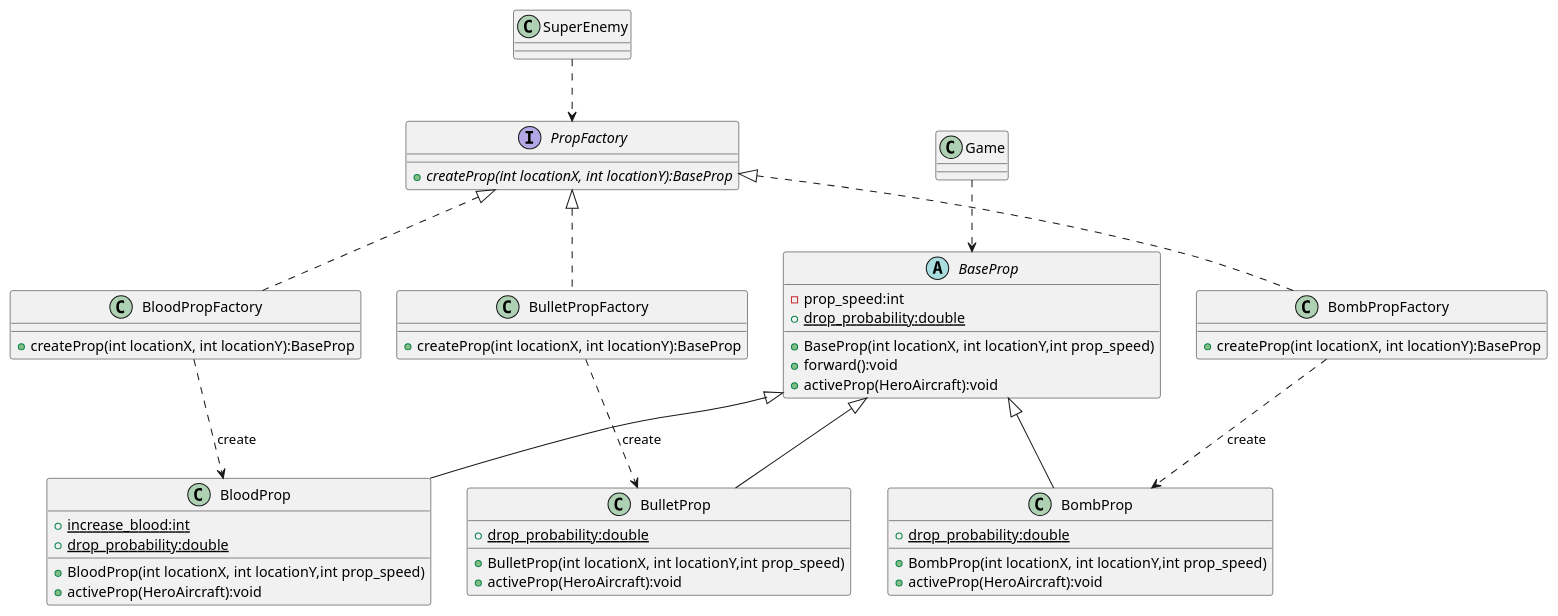
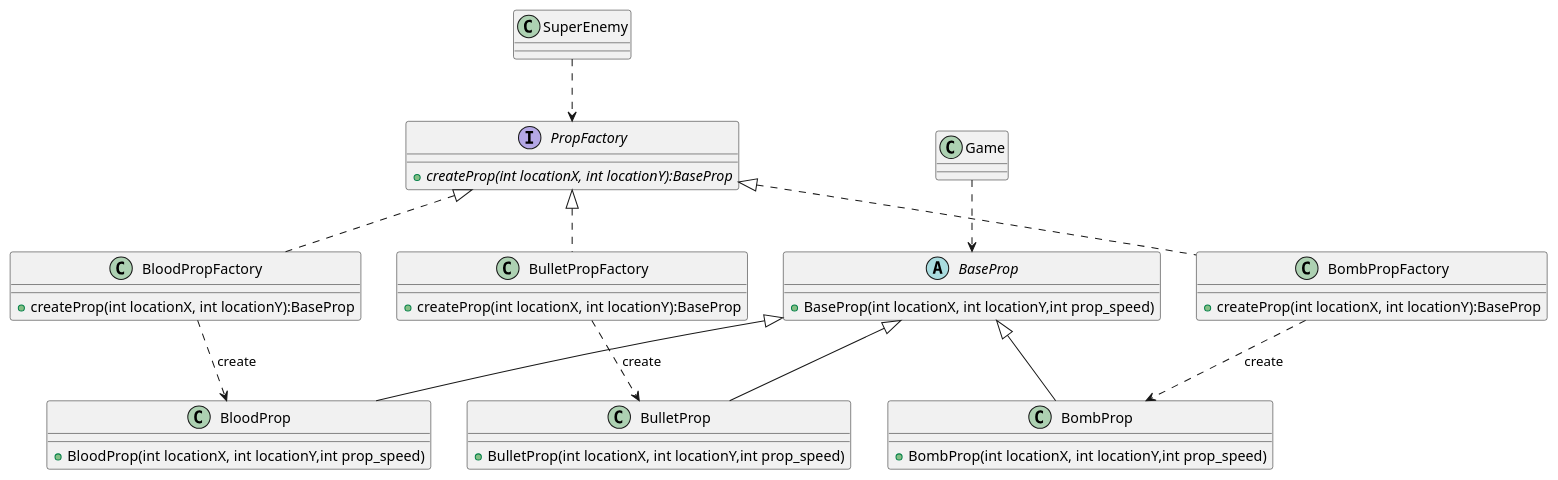
Before and after one commit to jirange/aircraft-war: the diagram in uml/exp2-工厂模式道具UML类图.puml, drawn with PlantUML. The commit also changed 21 other files, not shown here.

```diff
--- a/uml/exp2-工厂模式道具UML类图.puml
+++ b/uml/exp2-工厂模式道具UML类图.puml
@@ -1,62 +1,53 @@
 @startuml
 'https://plantuml.com/sequence-diagram
+
+abstract class BaseProp {
+'道具类
+    + BaseProp(int locationX, int locationY,int prop_speed)
+}
+
+
 class BloodProp {
 '加血道具类
-    + {static} increase_blood:int
-    + {static} drop_probability:double
     + BloodProp(int locationX, int locationY,int prop_speed)
-    + activeProp(HeroAircraft):void
 }
 
 class BombProp {
 '炸弹道具类
-    + {static} drop_probability:double
     + BombProp(int locationX, int locationY,int prop_speed)
-    + activeProp(HeroAircraft):void
 }
 
 class BulletProp {
 '火力道具类
-    + {static} drop_probability:double
     + BulletProp(int locationX, int locationY,int prop_speed)
-    + activeProp(HeroAircraft):void
-}
-
-abstract class BaseProp {
-'道具类
-    - prop_speed:int
-    + {static} drop_probability:double
-    + BaseProp(int locationX, int locationY,int prop_speed)
-    + forward():void
-    + activeProp(HeroAircraft):void
 }
 
 BaseProp <|-- BloodProp
 BaseProp <|-- BombProp
 BaseProp <|-- BulletProp
 
 interface PropFactory{
     + {abstract} createProp(int locationX, int locationY):BaseProp
 }
 class BloodPropFactory {
      + createProp(int locationX, int locationY):BaseProp
 }
 class BombPropFactory {
     + createProp(int locationX, int locationY):BaseProp
 }
 class BulletPropFactory {
     + createProp(int locationX, int locationY):BaseProp
 }
 
 PropFactory <|.. BloodPropFactory
 PropFactory <|.. BombPropFactory
 PropFactory <|.. BulletPropFactory
 
 BloodPropFactory ..> BloodProp:"«create»"
 BombPropFactory ..> BombProp:"«create»"
 BulletPropFactory ..> BulletProp:"«create»"
 
 SuperEnemy ..> PropFactory
 Game ..> BaseProp
 
 @enduml
```
